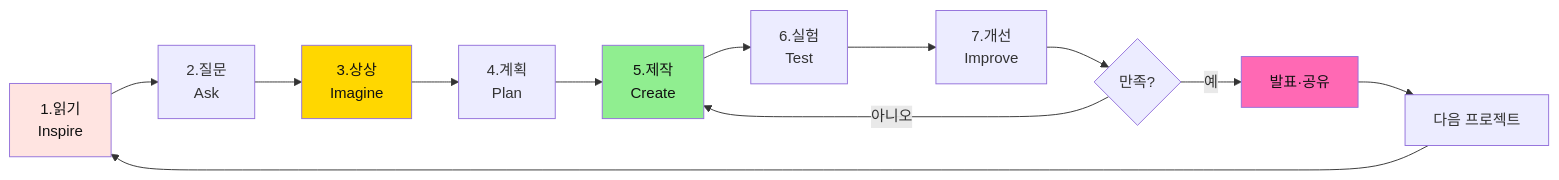
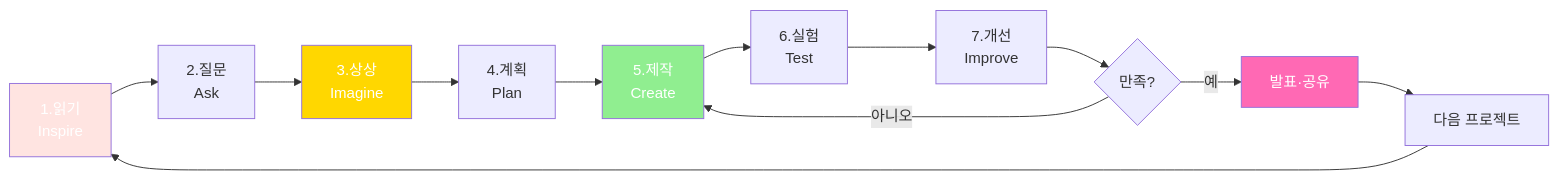
One commit to Collegenie-X/froebel changed diagram 25 of 34 in 3단계_프뢰벨_FAQ_핵심가치.md. Above: the diagram before and after it, drawn with Mermaid. The commit also changed other lines of this file and 4 other files, not shown here.

````diff
--- a/3단계_프뢰벨_FAQ_핵심가치.md
+++ b/3단계_프뢰벨_FAQ_핵심가치.md
@@ -1413,20 +1413,20 @@
 ```mermaid
 graph LR
     A[1.읽기<br/>Inspire] --> B[2.질문<br/>Ask]
     B --> C[3.상상<br/>Imagine]
     C --> D[4.계획<br/>Plan]
     D --> E[5.제작<br/>Create]
     E --> F[6.실험<br/>Test]
     F --> G[7.개선<br/>Improve]
     
     G --> H{만족?}
     H -->|아니오| E
     H -->|예| I[발표·공유]
     I --> J[다음 프로젝트]
     J --> A
     
-    style A fill:#FFE4E1,color:#111
-    style C fill:#FFD700,color:#111
-    style E fill:#90EE90,color:#111
-    style I fill:#FF69B4,color:#111
+    style A fill:#FFE4E1,color:#fff
+    style C fill:#FFD700,color:#fff
+    style E fill:#90EE90,color:#fff
+    style I fill:#FF69B4,color:#fff
 ```
````
